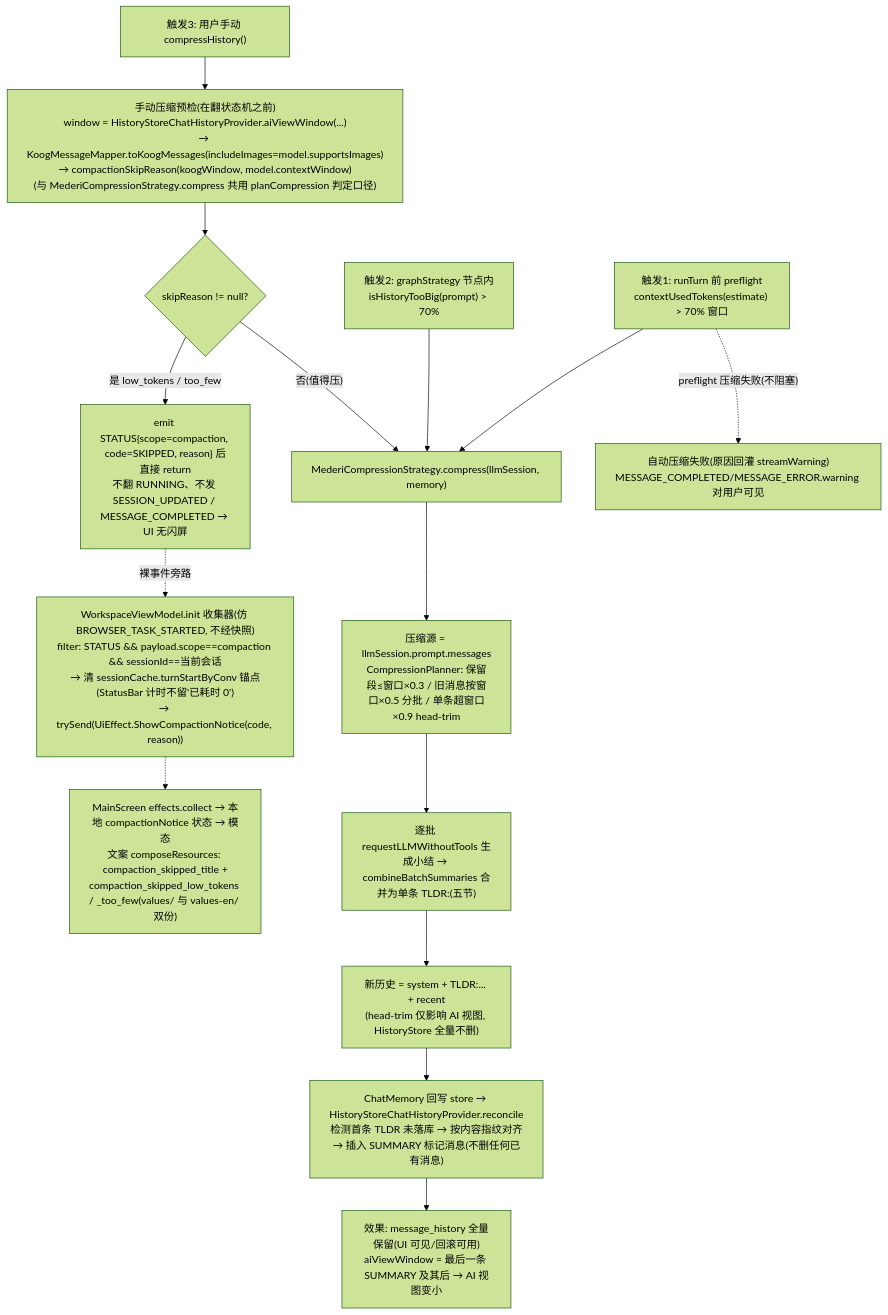
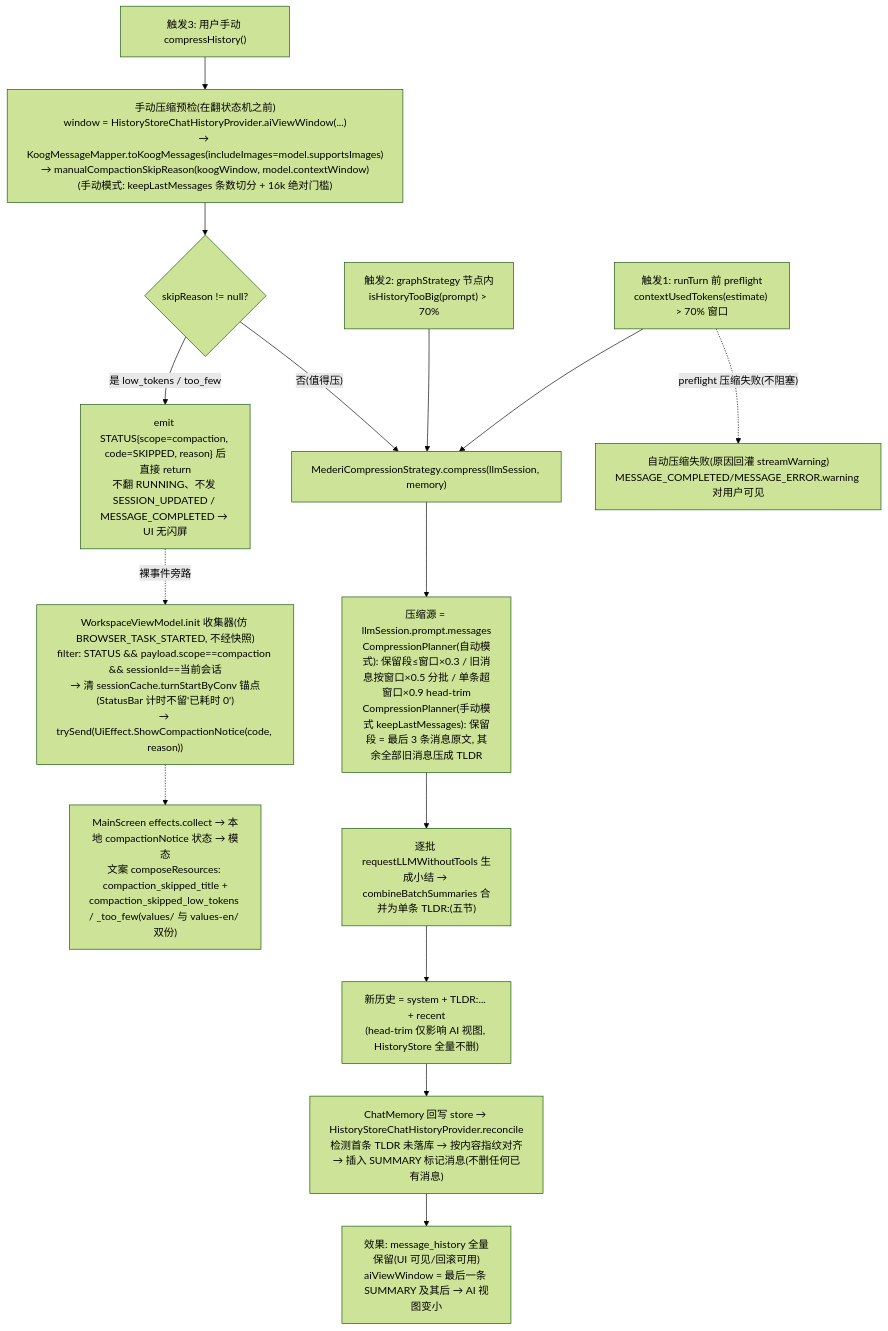
The eighth of 18 diagrams in docs/architecture/04-flows.md (lzdev42/mederi), drawn with Mermaid (forest theme) before and after one commit. The commit also changed other lines of this file and 101 other files, not shown here.

````diff
--- a/docs/architecture/04-flows.md
+++ b/docs/architecture/04-flows.md
@@ -289,19 +296,19 @@
 ```mermaid
 flowchart TD
     A["触发1: runTurn 前 preflight<br/>contextUsedTokens(estimate) > 70% 窗口"]
     B["触发2: graphStrategy 节点内<br/>isHistoryTooBig(prompt) > 70%"]
     C["触发3: 用户手动 compressHistory()"]
     A & B --> D["MederiCompressionStrategy.compress(llmSession, memory)"]
-    C --> P["手动压缩预检(在翻状态机之前)<br/>window = HistoryStoreChatHistoryProvider.aiViewWindow(...)<br/>→ KoogMessageMapper.toKoogMessages(includeImages=model.supportsImages)<br/>→ compactionSkipReason(koogWindow, model.contextWindow)<br/>(与 MederiCompressionStrategy.compress 共用 planCompression 判定口径)"]
+    C --> P["手动压缩预检(在翻状态机之前)<br/>window = HistoryStoreChatHistoryProvider.aiViewWindow(...)<br/>→ KoogMessageMapper.toKoogMessages(includeImages=model.supportsImages)<br/>→ manualCompactionSkipReason(koogWindow, model.contextWindow)<br/>(手动模式: keepLastMessages 条数切分 + 16k 绝对门槛)"]
     P --> S{"skipReason != null?"}
     S -- "否(值得压)" --> D
     S -- "是 low_tokens / too_few" --> X["emit STATUS{scope=compaction, code=SKIPPED, reason} 后直接 return<br/>不翻 RUNNING、不发 SESSION_UPDATED / MESSAGE_COMPLETED → UI 无闪屏"]
     X -. 裸事件旁路.-> U["WorkspaceViewModel.init 收集器(仿 BROWSER_TASK_STARTED, 不经快照)<br/>filter: STATUS && payload.scope==compaction && sessionId==当前会话<br/>→ 清 sessionCache.turnStartByConv 锚点(StatusBar 计时不留'已耗时 0')<br/>→ trySend(UiEffect.ShowCompactionNotice(code, reason))"]
     U -.-> V["MainScreen effects.collect → 本地 compactionNotice 状态 → 模态<br/>文案 composeResources: compaction_skipped_title +<br/>compaction_skipped_low_tokens / _too_few(values/ 与 values-en/ 双份)"]
-    D --> E["压缩源 = llmSession.prompt.messages<br/>CompressionPlanner: 保留段≤窗口×0.3 / 旧消息按窗口×0.5 分批 / 单条超窗口×0.9 head-trim"]
+    D --> E["压缩源 = llmSession.prompt.messages<br/>CompressionPlanner(自动模式): 保留段≤窗口×0.3 / 旧消息按窗口×0.5 分批 / 单条超窗口×0.9 head-trim<br/>CompressionPlanner(手动模式 keepLastMessages): 保留段 = 最后 3 条消息原文, 其余全部旧消息压成 TLDR"]
     E --> F["逐批 requestLLMWithoutTools 生成小结 → combineBatchSummaries 合并为单条 TLDR:(五节)"]
     F --> G["新历史 = system + TLDR:... + recent<br/>(head-trim 仅影响 AI 视图, HistoryStore 全量不删)"]
     G --> H["ChatMemory 回写 store → HistoryStoreChatHistoryProvider.reconcile<br/>检测首条 TLDR 未落库 → 按内容指纹对齐<br/>→ 插入 SUMMARY 标记消息(不删任何已有消息)"]
     H --> I["效果: message_history 全量保留(UI 可见/回滚可用)<br/>aiViewWindow = 最后一条 SUMMARY 及其后 → AI 视图变小"]
     A -. preflight 压缩失败(不阻塞).-> W["自动压缩失败(原因回灌 streamWarning)<br/>MESSAGE_COMPLETED/MESSAGE_ERROR.warning 对用户可见"]
 ```
````
